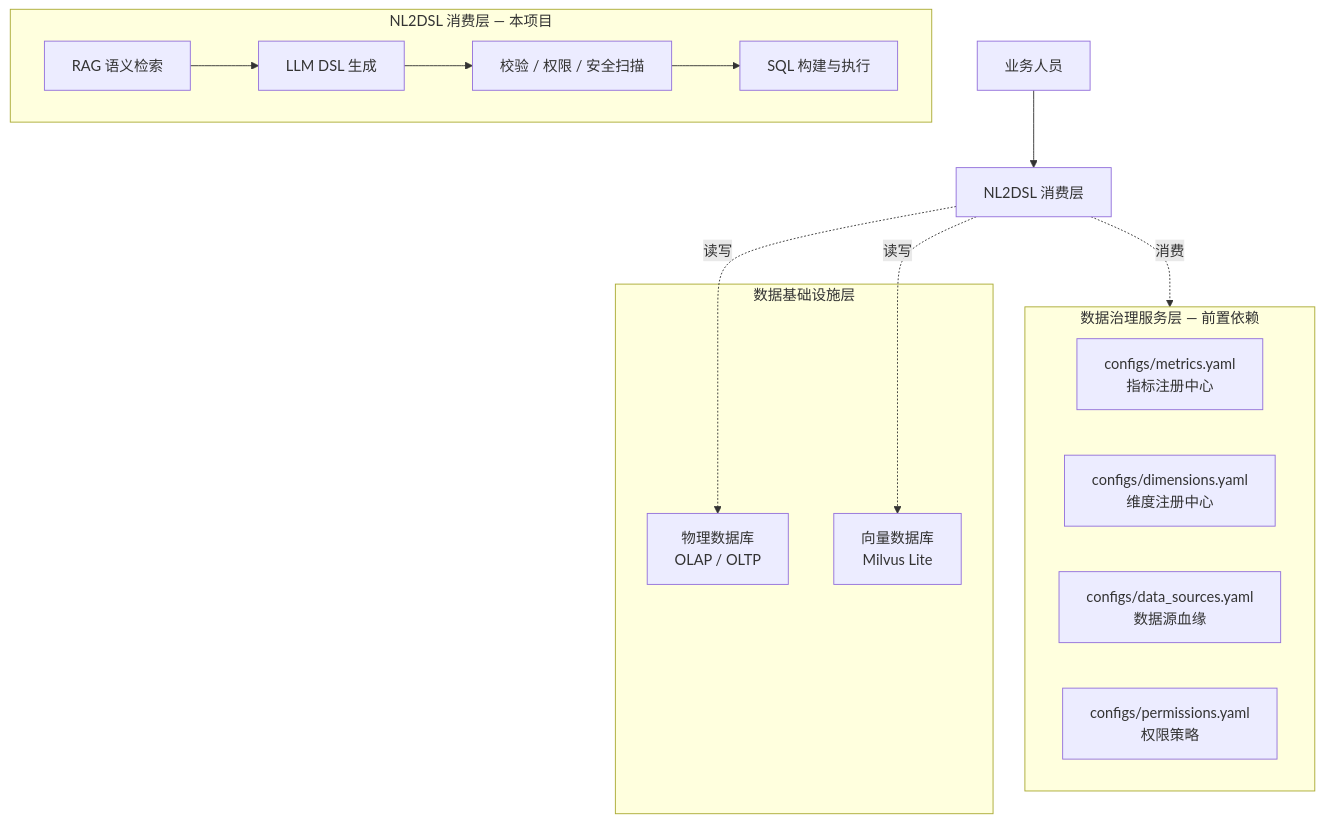
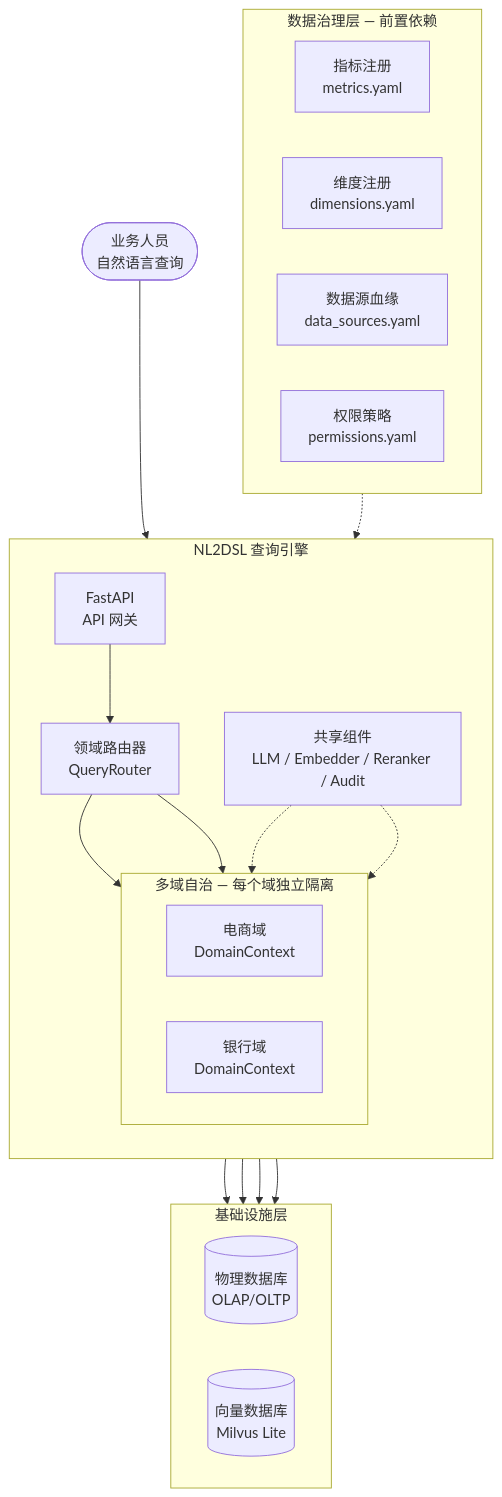
One commit to kobegy248/nl2dsl-engine changed the first of 2 diagrams in README.md. Above: the diagram before and after it, drawn with Mermaid. The commit also changed other lines of this file, not shown here.

Commit message:
docs: redesign architecture diagrams with Mermaid flowcharts

````diff
--- a/README.md
+++ b/README.md
@@ -76,28 +76,40 @@
 ```mermaid
-graph TD
-    A[业务人员] --> B[NL2DSL 消费层]
+flowchart TB
+    User([业务人员<br/>自然语言查询])
 
-    subgraph NL2DSL[NL2DSL 消费层 — 本项目]
-        B1[RAG 语义检索]
-        B2[LLM DSL 生成]
-        B3[校验 / 权限 / 安全扫描]
-        B4[SQL 构建与执行]
-        B1 --> B2 --> B3 --> B4
+    subgraph Engine["NL2DSL 查询引擎"]
+        direction TB
+        API[FastAPI<br/>API 网关]
+        Router[领域路由器<br/>QueryRouter]
+
+        subgraph Domains["多域自治 — 每个域独立隔离"]
+            direction LR
+            EC["电商域<br/>DomainContext"]
+            BK["银行域<br/>DomainContext"]
+        end
+
+        Shared[共享组件<br/>LLM / Embedder / Reranker / Audit]
     end
 
-    subgraph Governance[数据治理服务层 — 前置依赖]
-        C1[configs/metrics.yaml<br/>指标注册中心]
-        C2[configs/dimensions.yaml<br/>维度注册中心]
-        C3[configs/data_sources.yaml<br/>数据源血缘]
-        C4[configs/permissions.yaml<br/>权限策略]
+    subgraph Governance["数据治理层 — 前置依赖"]
+        direction LR
+        M[指标注册<br/>metrics.yaml]
+        D[维度注册<br/>dimensions.yaml]
+        DS[数据源血缘<br/>data_sources.yaml]
+        P[权限策略<br/>permissions.yaml]
     end
 
-    subgraph Infra[数据基础设施层]
-        D1[物理数据库<br/>OLAP / OLTP]
-        D2[向量数据库<br/>Milvus Lite]
+    subgraph Infra["基础设施层"]
+        direction LR
+        DB[(物理数据库<br/>OLAP/OLTP)]
+        Vec[(向量数据库<br/>Milvus Lite)]
     end
 
-    B -.消费.-> Governance
-    B -.读写.-> D1
-    B -.读写.-> D2
+    User --> API
+    API --> Router
+    Router --> EC & BK
+    EC & BK --> DB
+    EC & BK --> Vec
+    Shared -.-> EC & BK
+    Governance -.-> Engine
 ```
````
